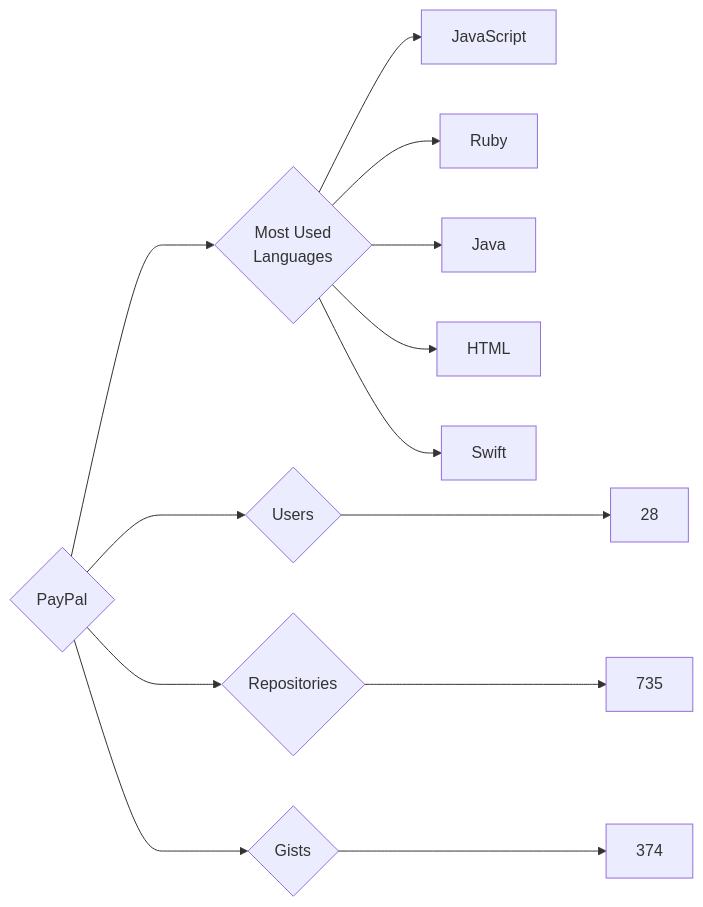
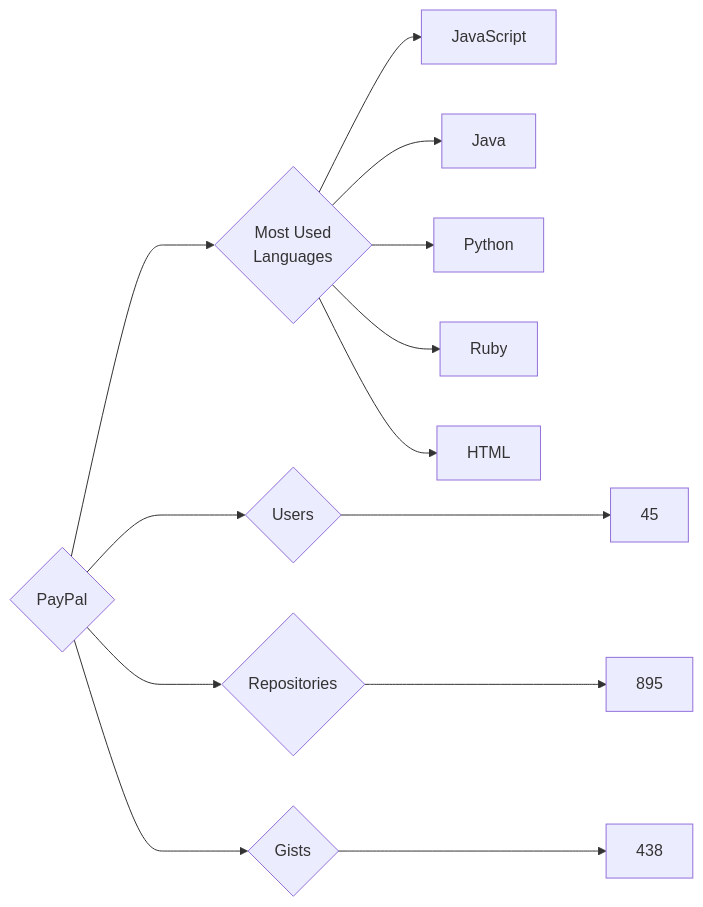
Before and after one commit to trickest/insiders: the diagram in targets/PayPal/README.md, drawn with Mermaid. The commit also changed 814 other files, not shown here.

````diff
--- a/targets/PayPal/README.md
+++ b/targets/PayPal/README.md
@@ -3,13 +3,13 @@
 ```mermaid
 graph LR
 COMPANY_NAME{PayPal}
-COMPANY_NAME ---> U{Users} ---> UN[28]
-COMPANY_NAME ---> R{Repositories} ---> RN[735]
-COMPANY_NAME ---> G{Gists} ---> GN[374]
+COMPANY_NAME ---> U{Users} ---> UN[45]
+COMPANY_NAME ---> R{Repositories} ---> RN[895]
+COMPANY_NAME ---> G{Gists} ---> GN[438]
 COMPANY_NAME ---> ML{Most Used<br>Languages}
 ML --> JavaScript[JavaScript]
+ML --> Java[Java]
+ML --> Python[Python]
 ML --> Ruby[Ruby]
-ML --> Java[Java]
 ML --> HTML[HTML]
-ML --> Swift[Swift]
 ```
````
